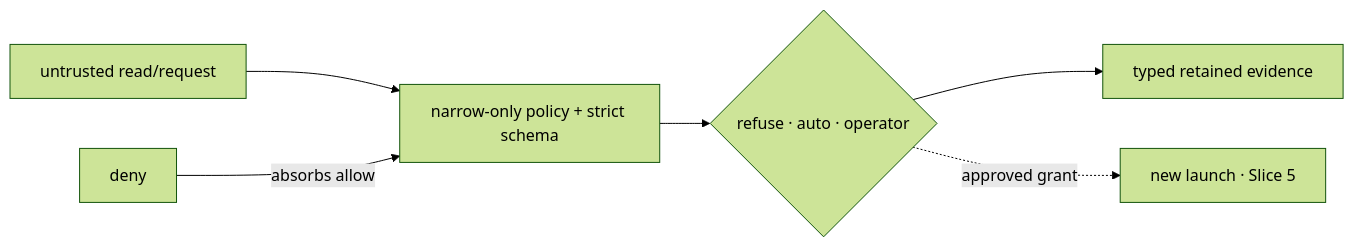
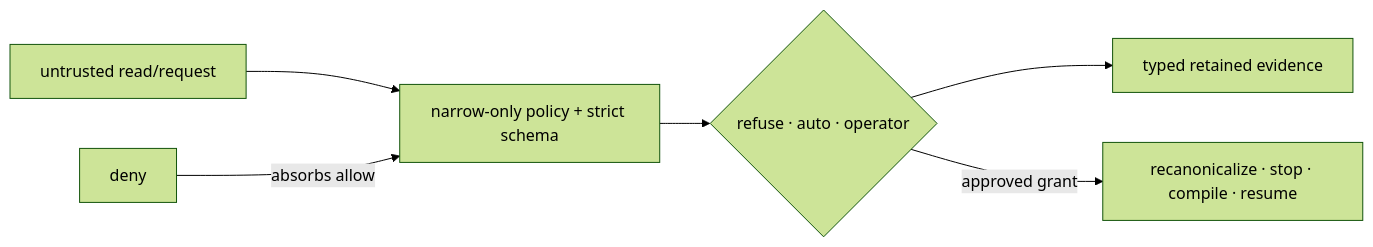
The diagram in docs/INVARIANTS.md (phibkro/pagu), drawn with Mermaid (forest theme) before and after one commit. The commit also changed other lines of this file and 36 other files, not shown here.

````diff
--- a/docs/INVARIANTS.md
+++ b/docs/INVARIANTS.md
@@ -151,8 +166,8 @@
 ```mermaid
 flowchart LR
     R["untrusted read/request"] --> N["narrow-only policy + strict schema"]
     N --> A{"refuse · auto · operator"}
     A --> E["typed retained evidence"]
-    A -. "approved grant" .-> L["new launch · Slice 5"]
+    A -->|"approved grant"| L["recanonicalize · stop · compile · resume"]
     D["deny"] -->|"absorbs allow"| N
 ```
````
